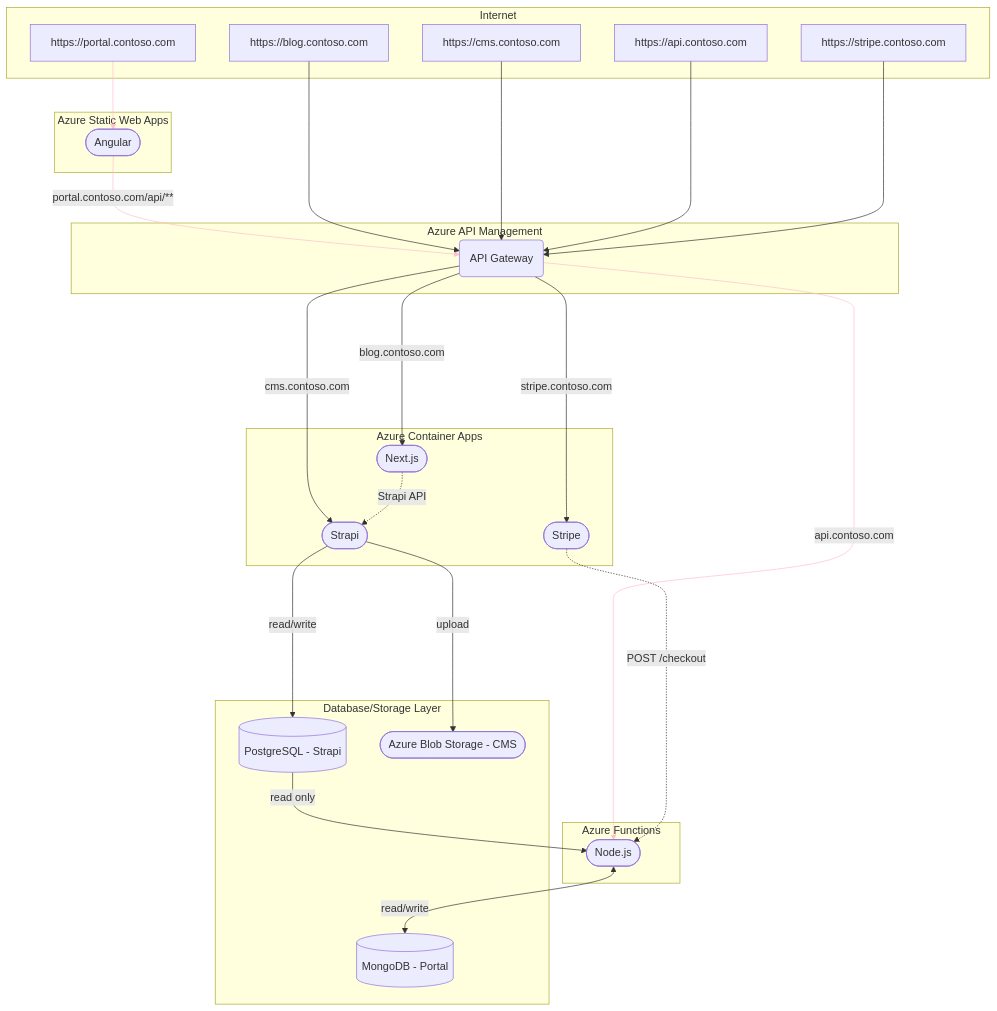
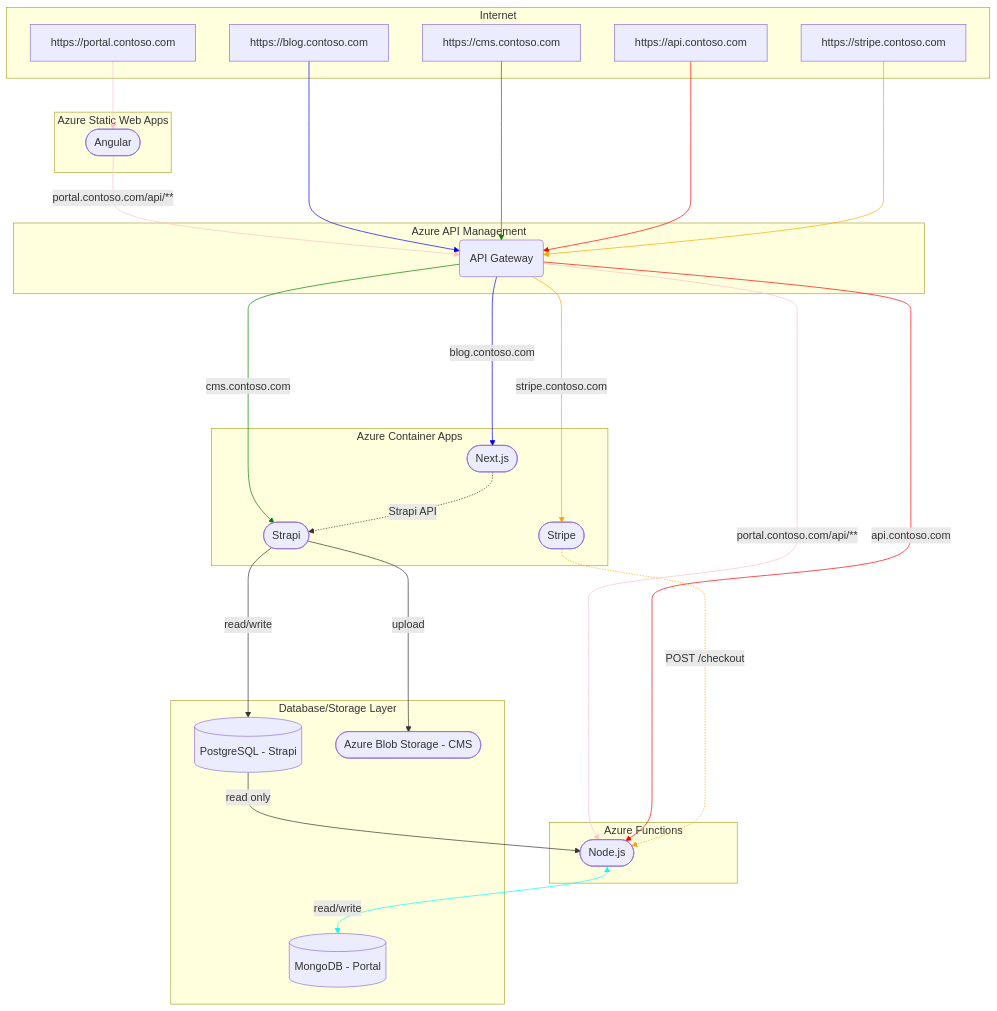
One commit to Azure-Samples/contoso-real-estate changed the diagram in README.md. Above: the diagram before and after it, drawn with Mermaid. The commit also changed other lines of this file, not shown here.

Commit message:
docs: colorize links of diagram

````diff
--- a/README.md
+++ b/README.md
@@ -27,59 +27,76 @@
 ```mermaid
 flowchart TD
     %% 
 
     subgraph Internet
     Portal[https://portal.contoso.com]
     Blog[https://blog.contoso.com]
     CMS[https://cms.contoso.com]
     Stripe[https://stripe.contoso.com]
     API[https://api.contoso.com]
     end
     
     subgraph Azure API Management
     APIM(API Gateway)
     end
     
     subgraph Azure Static Web Apps
     SWA_Angular([Angular])
     end 
 
     subgraph Azure Functions
     Functions([Node.js])
     end 
 
     subgraph Azure Container Apps
     ACA_Next([Next.js])
     ACA_Strapi([Strapi])
     ACA_Stripe([Stripe])
     end 
 
     subgraph Database/Storage Layer
     DB_PostresSQL[(PostgreSQL - Strapi)]
     DB_Mongo[(MongoDB - Portal)]
     Storage([Azure Blob Storage - CMS])
     end 
 
     Portal --> SWA_Angular
     SWA_Angular -- "portal.contoso.com/api/**" --> APIM
 
     Blog & CMS & API --> APIM -- "blog.contoso.com" ----> ACA_Next
 
     APIM -- "cms.contoso.com" --> ACA_Strapi
+    APIM -- "portal.contoso.com/api/**" --> Functions
     APIM -- "api.contoso.com" --> Functions
 
     Stripe ---> APIM -- "stripe.contoso.com" --> ACA_Stripe
     ACA_Stripe -. "POST /checkout" .-> Functions
 
     DB_PostresSQL -- "read only" --> Functions 
     Functions <-- "read/write" --> DB_Mongo
 
     ACA_Next -. "Strapi API" .-> ACA_Strapi
 
     ACA_Strapi -- "read/write" ----> DB_PostresSQL
     ACA_Strapi -- "upload" --> Storage
 
     linkStyle 0 stroke:pink
     linkStyle 1 stroke:pink
     linkStyle 7 stroke:pink
+
+    linkStyle 2 stroke:blue
+    linkStyle 5 stroke:blue
+    
+    linkStyle 13 stroke:cyan
+
+    linkStyle 3 stroke:green
+    linkStyle 6 stroke:green
+
+    linkStyle 4 stroke:red
+    linkStyle 8 stroke:red
+
+    linkStyle 9 stroke:orange
+    linkStyle 10 stroke:orange
+    linkStyle 11 stroke:orange
+    
 ```
````
